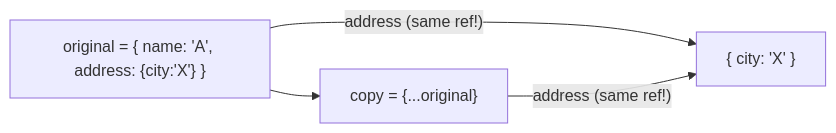
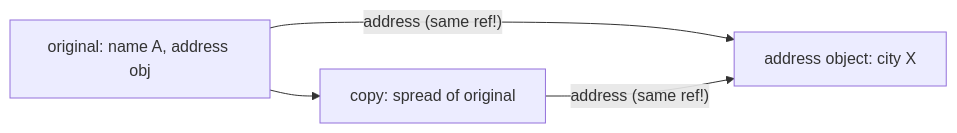
Before and after one commit to DipanPramanik098/Thunder-100-Days-Of-Code: the fifth of 19 diagrams in _01_JavaScript/JavaScript.md, drawn with Mermaid. The commit also changed other lines of this file, not shown here.

````diff
--- a/_01_JavaScript/JavaScript.md
+++ b/_01_JavaScript/JavaScript.md
@@ -331,6 +331,6 @@
 ```mermaid
 flowchart LR
-    O["original = { name: 'A', address: {city:'X'} }"] --> C["copy = {...original}"]
-    O -->|"address (same ref!)"| Addr["{ city: 'X' }"]
+    O["original: name A, address obj"] --> C["copy: spread of original"]
+    O -->|"address (same ref!)"| Addr["address object: city X"]
     C -->|"address (same ref!)"| Addr
 ```
````
